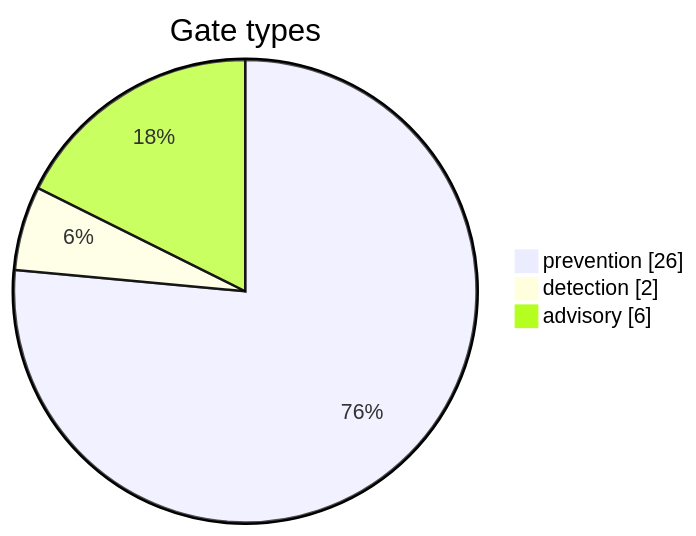
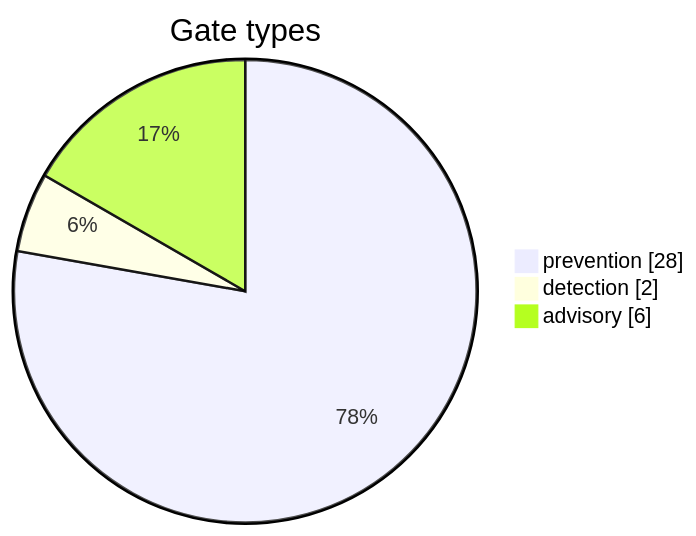
Before and after one commit to Yos-K/gatecrate: the first of 4 diagrams in docs/harness-status.md, drawn with Mermaid. The commit also changed other lines of this file and 1 other file, not shown here.

````diff
--- a/docs/harness-status.md
+++ b/docs/harness-status.md
@@ -22,7 +22,7 @@
 ```mermaid
 pie showData
     title Gate types
-    "prevention" : 26
+    "prevention" : 28
     "detection" : 2
     "advisory" : 6
 ```
````
